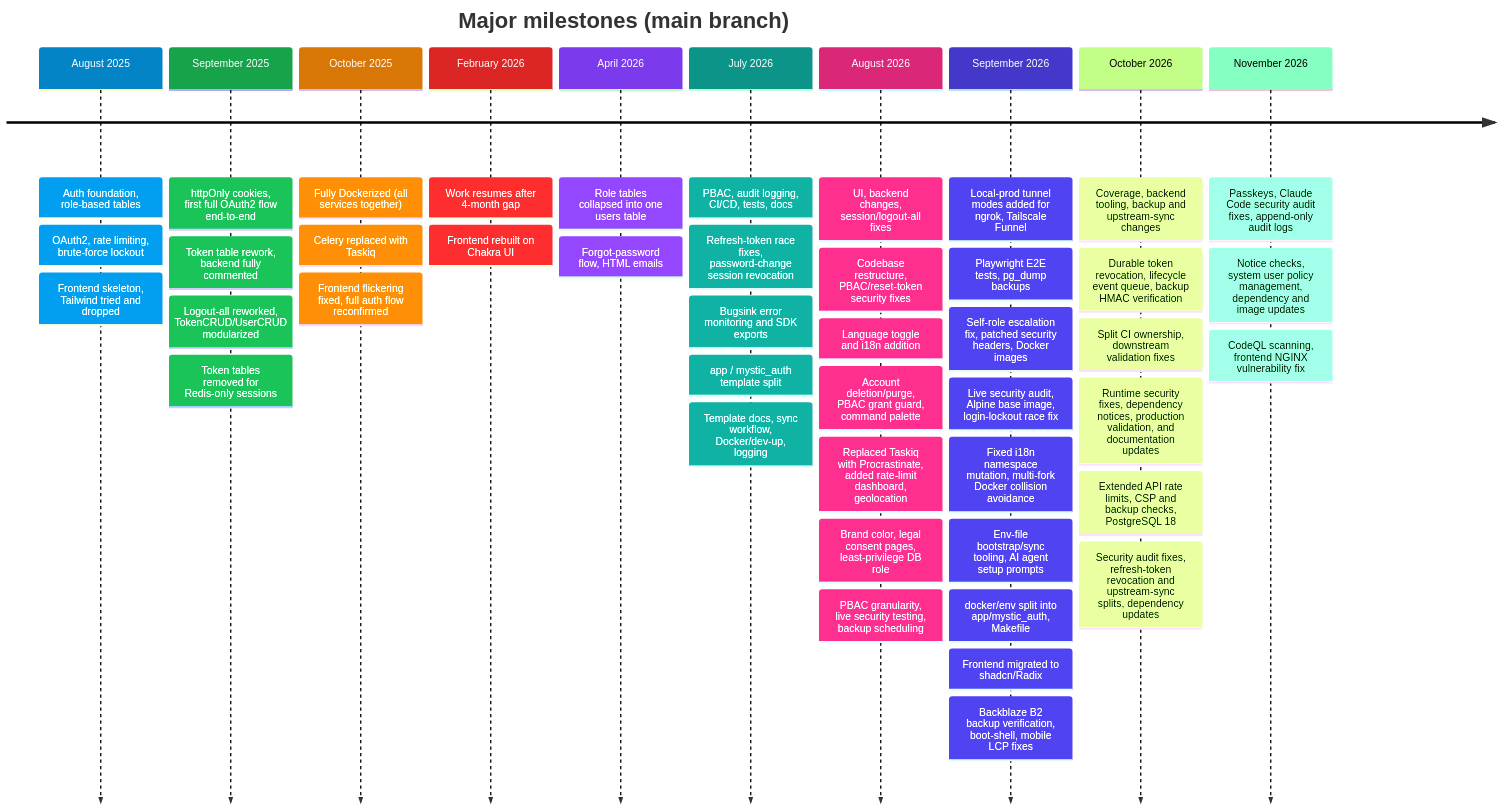
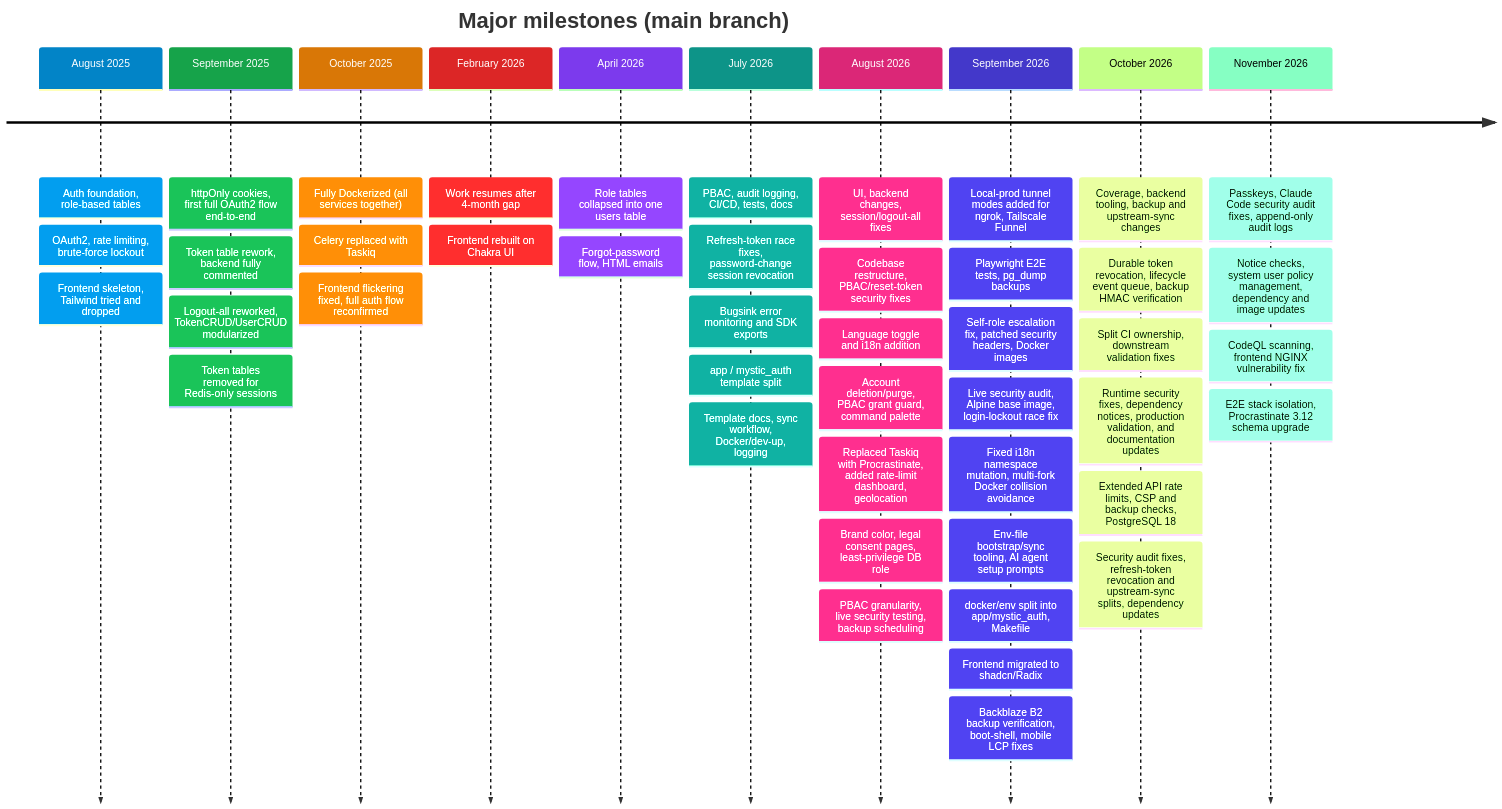
One commit to Nachiket-2024/mystic-auth changed the diagram in docs/mystic_auth/project-story/timeline/README.md. Above: the diagram before and after it, drawn with Mermaid. The commit also changed other lines of this file and 259 other files, not shown here.

Commit message:
Isolated the E2E stack and added the Procrastinate 3.12 schema upgrade

````diff
--- a/docs/mystic_auth/project-story/timeline/README.md
+++ b/docs/mystic_auth/project-story/timeline/README.md
@@ -39,49 +39,50 @@
 ```mermaid
 %%{init: {"themeVariables":{"fontSize":"16px","lineColor":"#334155","cScale0":"#0284c7","cScale1":"#16a34a","cScale2":"#d97706","cScale3":"#dc2626","cScale4":"#7c3aed","cScale5":"#0d9488","cScale6":"#db2777","cScale7":"#4338ca","cScaleLabel0":"#ffffff","cScaleLabel1":"#ffffff","cScaleLabel2":"#ffffff","cScaleLabel3":"#ffffff","cScaleLabel4":"#ffffff","cScaleLabel5":"#ffffff","cScaleLabel6":"#ffffff","cScaleLabel7":"#ffffff"}} }%%
 timeline
     title Major milestones (main branch)
     August 2025: Auth foundation, role-based tables
                 : OAuth2, rate limiting, brute-force lockout
                 : Frontend skeleton, Tailwind tried and dropped
     September 2025: httpOnly cookies, first full OAuth2 flow end-to-end
                    : Token table rework, backend fully commented
                    : Logout-all reworked, TokenCRUD/UserCRUD modularized
                    : Token tables removed for Redis-only sessions
     October 2025: Fully Dockerized (all services together)
                  : Celery replaced with Taskiq
                  : Frontend flickering fixed, full auth flow reconfirmed
     February 2026: Work resumes after 4-month gap
                   : Frontend rebuilt on Chakra UI
     April 2026: Role tables collapsed into one users table
                : Forgot-password flow, HTML emails
     July 2026: PBAC, audit logging, CI/CD, tests, docs
               : Refresh-token race fixes, password-change session revocation
               : Bugsink error monitoring and SDK exports
               : app / mystic_auth template split
               : Template docs, sync workflow, Docker/dev-up, logging
     August 2026: UI, backend changes, session/logout-all fixes
                 : Codebase restructure, PBAC/reset-token security fixes
                 : Language toggle and i18n addition
                 : Account deletion/purge, PBAC grant guard, command palette
                 : Replaced Taskiq with Procrastinate, added rate-limit dashboard, geolocation
                 : Brand color, legal consent pages, least-privilege DB role
                 : PBAC granularity, live security testing, backup scheduling
     September 2026: Local-prod tunnel modes added for ngrok, Tailscale Funnel
                    : Playwright E2E tests, pg_dump backups
                    : Self-role escalation fix, patched security headers, Docker images
                    : Live security audit, Alpine base image, login-lockout race fix
                    : Fixed i18n namespace mutation, multi-fork Docker collision avoidance
                    : Env-file bootstrap/sync tooling, AI agent setup prompts
                    : docker/env split into app/mystic_auth, Makefile
                    : Frontend migrated to shadcn/Radix
                    : Backblaze B2 backup verification, boot-shell, mobile LCP fixes
     October 2026: Coverage, backend tooling, backup and upstream-sync changes
                   : Durable token revocation, lifecycle event queue, backup HMAC verification
                   : Split CI ownership, downstream validation fixes
                   : Runtime security fixes, dependency notices, production validation, and documentation updates
                   : Extended API rate limits, CSP and backup checks, PostgreSQL 18
                   : Security audit fixes, refresh-token revocation and upstream-sync splits, dependency updates
     November 2026: Passkeys, Claude Code security audit fixes, append-only audit logs
                  : Notice checks, system user policy management, dependency and image updates
                  : CodeQL scanning, frontend NGINX vulnerability fix
+                 : E2E stack isolation, Procrastinate 3.12 schema upgrade
 ```
````
